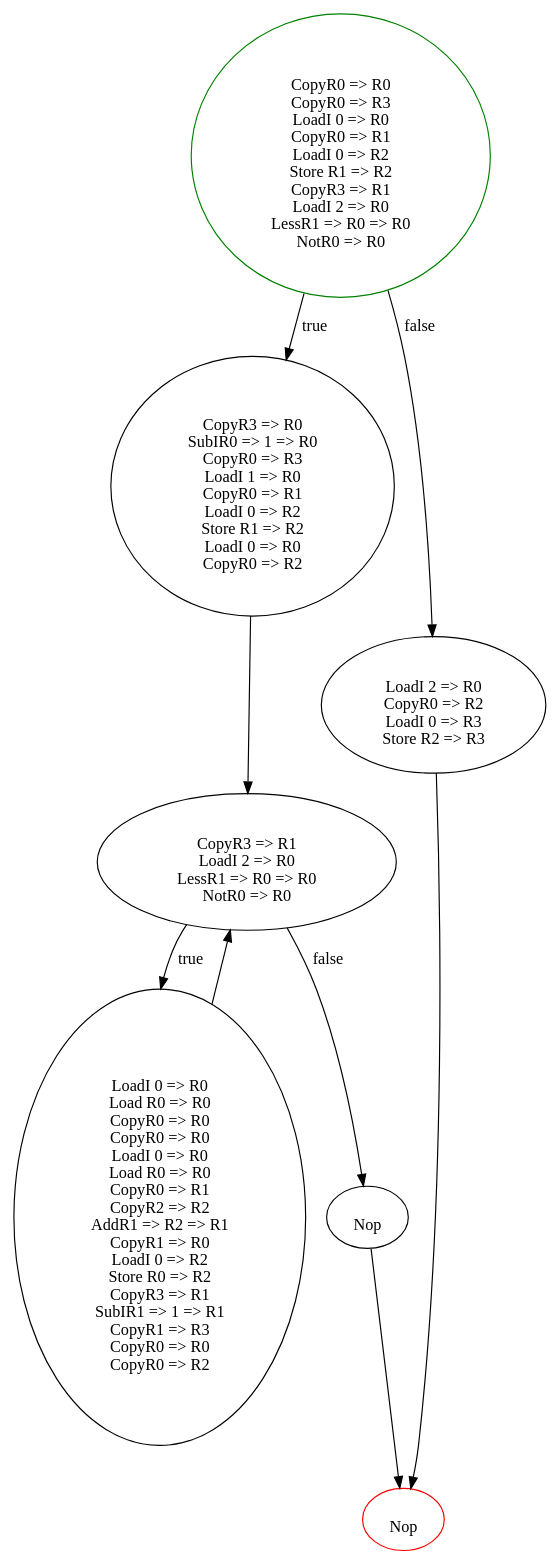
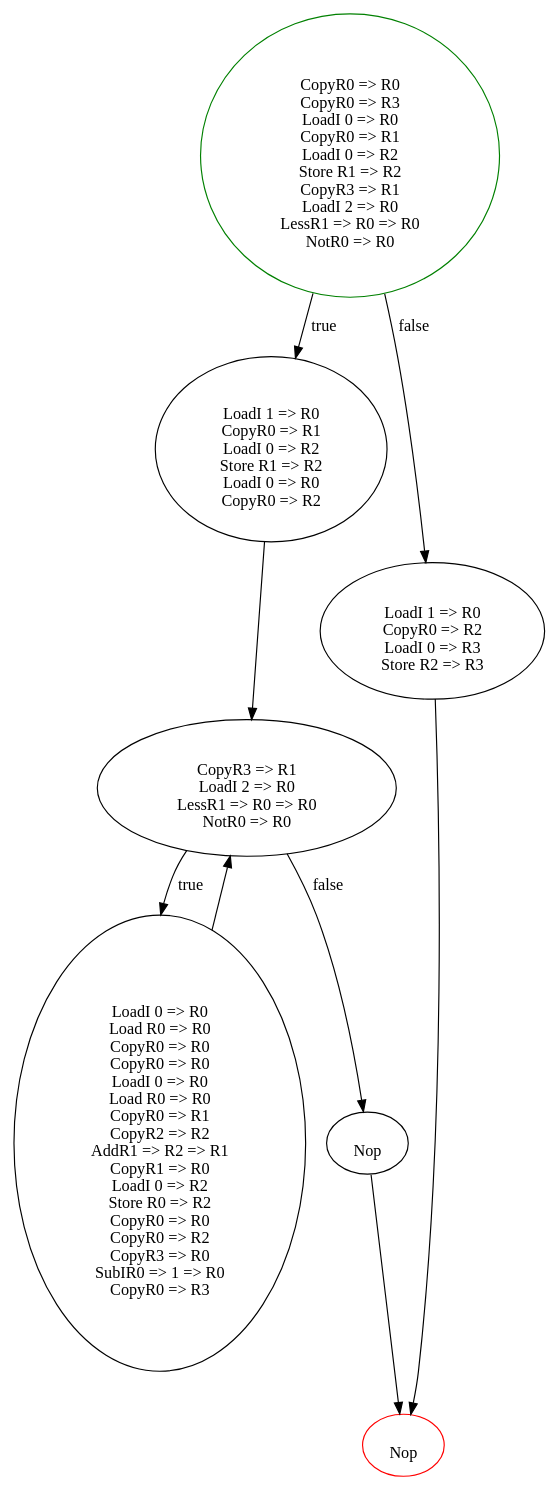
One commit to wuacs/unipi-lci changed the diagram in project/PF5/cfg/dot/fibonacci-merged.dot. Above: the diagram before and after it, drawn with Graphviz. The commit also changed 10 other files, not shown here.

```diff
--- a/project/PF5/cfg/dot/fibonacci-merged.dot
+++ b/project/PF5/cfg/dot/fibonacci-merged.dot
@@ -1,19 +1,19 @@
 digraph G {
   // Entry node
   0 [shape=ellipse, color=green];
   // Exit node
   6 [shape=ellipse, color=red];
   0 [label=" \n CopyR0 => R0 \n CopyR0 => R3 \n LoadI 0 => R0 \n CopyR0 => R1 \n LoadI 0 => R2 \n Store R1 => R2 \n CopyR3 => R1 \n LoadI 2 => R0 \n LessR1 => R0 => R0 \n NotR0 => R0"];
-  1 [label=" \n CopyR3 => R0 \n SubIR0 => 1 => R0 \n CopyR0 => R3 \n LoadI 1 => R0 \n CopyR0 => R1 \n LoadI 0 => R2 \n Store R1 => R2 \n LoadI 0 => R0 \n CopyR0 => R2"];
+  1 [label=" \n LoadI 1 => R0 \n CopyR0 => R1 \n LoadI 0 => R2 \n Store R1 => R2 \n LoadI 0 => R0 \n CopyR0 => R2"];
   2 [label=" \n CopyR3 => R1 \n LoadI 2 => R0 \n LessR1 => R0 => R0 \n NotR0 => R0"];
-  3 [label=" \n LoadI 0 => R0 \n Load R0 => R0 \n CopyR0 => R0 \n CopyR0 => R0 \n LoadI 0 => R0 \n Load R0 => R0 \n CopyR0 => R1 \n CopyR2 => R2 \n AddR1 => R2 => R1 \n CopyR1 => R0 \n LoadI 0 => R2 \n Store R0 => R2 \n CopyR3 => R1 \n SubIR1 => 1 => R1 \n CopyR1 => R3 \n CopyR0 => R0 \n CopyR0 => R2"];
+  3 [label=" \n LoadI 0 => R0 \n Load R0 => R0 \n CopyR0 => R0 \n CopyR0 => R0 \n LoadI 0 => R0 \n Load R0 => R0 \n CopyR0 => R1 \n CopyR2 => R2 \n AddR1 => R2 => R1 \n CopyR1 => R0 \n LoadI 0 => R2 \n Store R0 => R2 \n CopyR0 => R0 \n CopyR0 => R2 \n CopyR3 => R0 \n SubIR0 => 1 => R0 \n CopyR0 => R3"];
   4 [label=" \n Nop"];
-  5 [label=" \n LoadI 2 => R0 \n CopyR0 => R2 \n LoadI 0 => R3 \n Store R2 => R3"];
+  5 [label=" \n LoadI 1 => R0 \n CopyR0 => R2 \n LoadI 0 => R3 \n Store R2 => R3"];
   6 [label=" \n Nop"];
 0 -> 1 [label="true"];
 0 -> 5 [label="false"];1 -> 2;
 2 -> 3 [label="true"];
 2 -> 4 [label="false"];3 -> 2;
 4 -> 6;
 5 -> 6;
 }
```
